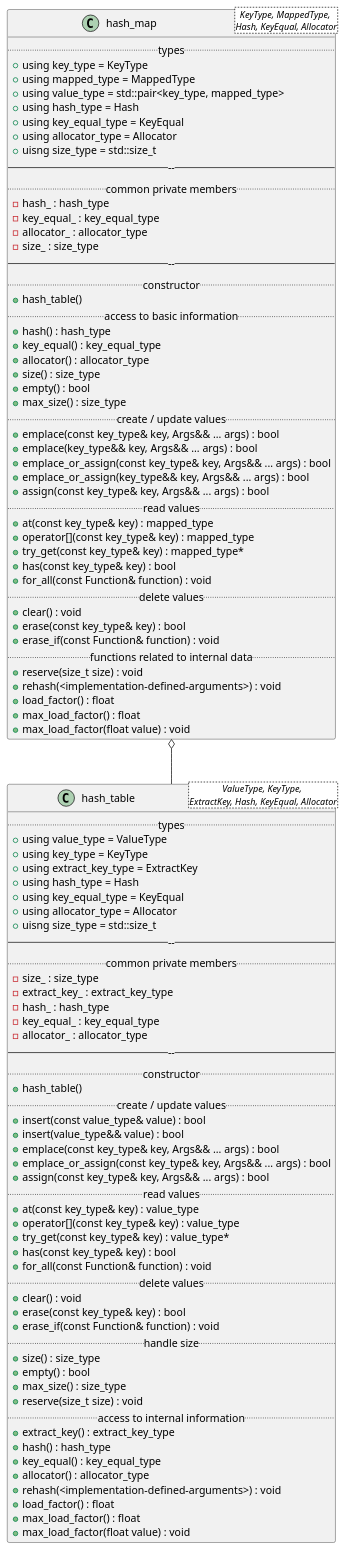
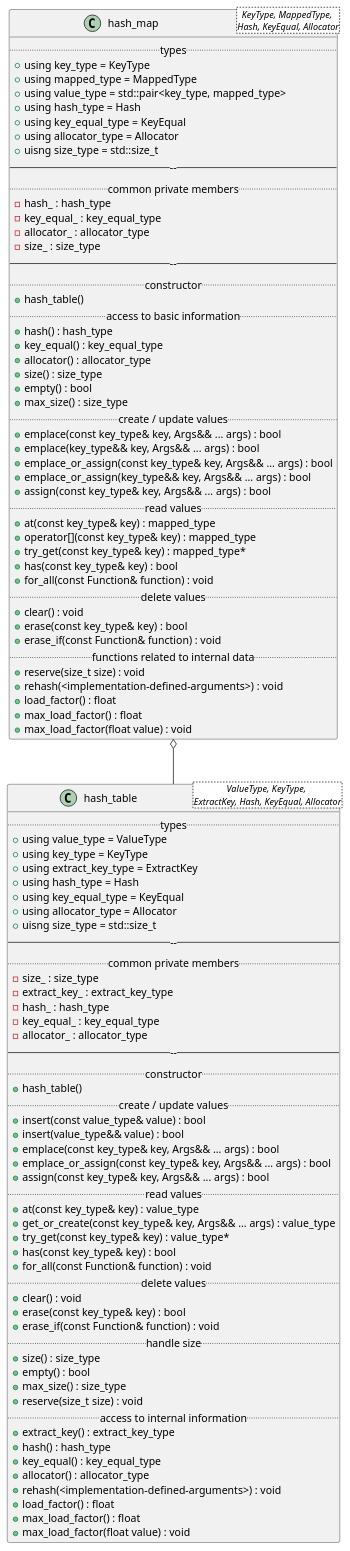
One commit to MusicScience37/cpp-hash-tables changed the diagram in doc/sphinx/src/design/class_diagrams/full_hash_table.puml. Above: the diagram before and after it, drawn with PlantUML. The commit also changed 2 other files, not shown here.

Commit message:
:construction: Functions to get values in open_address_table_st.

```diff
--- a/doc/sphinx/src/design/class_diagrams/full_hash_table.puml
+++ b/doc/sphinx/src/design/class_diagrams/full_hash_table.puml
@@ -1,104 +1,104 @@
 @startuml FullHashTable
 
 class hash_table<ValueType, KeyType, \nExtractKey, Hash, KeyEqual, Allocator> {
     .. types ..
     + using value_type = ValueType
     + using key_type = KeyType
     + using extract_key_type = ExtractKey
     + using hash_type = Hash
     + using key_equal_type = KeyEqual
     + using allocator_type = Allocator
     + uisng size_type = std::size_t
     ------
     .. common private members ..
     - size_ : size_type
     - extract_key_ : extract_key_type
     - hash_ : hash_type
     - key_equal_ : key_equal_type
     - allocator_ : allocator_type
     ------
     .. constructor ..
     + hash_table()
     .. create / update values ..
     + insert(const value_type& value) : bool
     + insert(value_type&& value) : bool
     + emplace(const key_type& key, Args&& ... args) : bool
     + emplace_or_assign(const key_type& key, Args&& ... args) : bool
     + assign(const key_type& key, Args&& ... args) : bool
     .. read values ..
     + at(const key_type& key) : value_type
-    + operator[](const key_type& key) : value_type
+    + get_or_create(const key_type& key, Args&& ... args) : value_type
     + try_get(const key_type& key) : value_type*
     + has(const key_type& key) : bool
     + for_all(const Function& function) : void
     .. delete values ..
     + clear() : void
     + erase(const key_type& key) : bool
     + erase_if(const Function& function) : void
     .. handle size ..
     + size() : size_type
     + empty() : bool
     + max_size() : size_type
     + reserve(size_t size) : void
     .. access to internal information ..
     + extract_key() : extract_key_type
     + hash() : hash_type
     + key_equal() : key_equal_type
     + allocator() : allocator_type
     + rehash(<implementation-defined-arguments>) : void
     + load_factor() : float
     + max_load_factor() : float
     + max_load_factor(float value) : void
 }
 
 class hash_map<KeyType, MappedType, \nHash, KeyEqual, Allocator> {
     .. types ..
     + using key_type = KeyType
     + using mapped_type = MappedType
     + using value_type = std::pair<key_type, mapped_type>
     + using hash_type = Hash
     + using key_equal_type = KeyEqual
     + using allocator_type = Allocator
     + uisng size_type = std::size_t
     ------
     .. common private members ..
     - hash_ : hash_type
     - key_equal_ : key_equal_type
     - allocator_ : allocator_type
     - size_ : size_type
     ------
     .. constructor ..
     + hash_table()
     .. access to basic information ..
     + hash() : hash_type
     + key_equal() : key_equal_type
     + allocator() : allocator_type
     + size() : size_type
     + empty() : bool
     + max_size() : size_type
     .. create / update values ..
     + emplace(const key_type& key, Args&& ... args) : bool
     + emplace(key_type&& key, Args&& ... args) : bool
     + emplace_or_assign(const key_type& key, Args&& ... args) : bool
     + emplace_or_assign(key_type&& key, Args&& ... args) : bool
     + assign(const key_type& key, Args&& ... args) : bool
     .. read values ..
     + at(const key_type& key) : mapped_type
     + operator[](const key_type& key) : mapped_type
     + try_get(const key_type& key) : mapped_type*
     + has(const key_type& key) : bool
     + for_all(const Function& function) : void
     .. delete values ..
     + clear() : void
     + erase(const key_type& key) : bool
     + erase_if(const Function& function) : void
     .. functions related to internal data ..
     + reserve(size_t size) : void
     + rehash(<implementation-defined-arguments>) : void
     + load_factor() : float
     + max_load_factor() : float
     + max_load_factor(float value) : void
 }
 hash_map o-- hash_table
 
 @enduml
```
